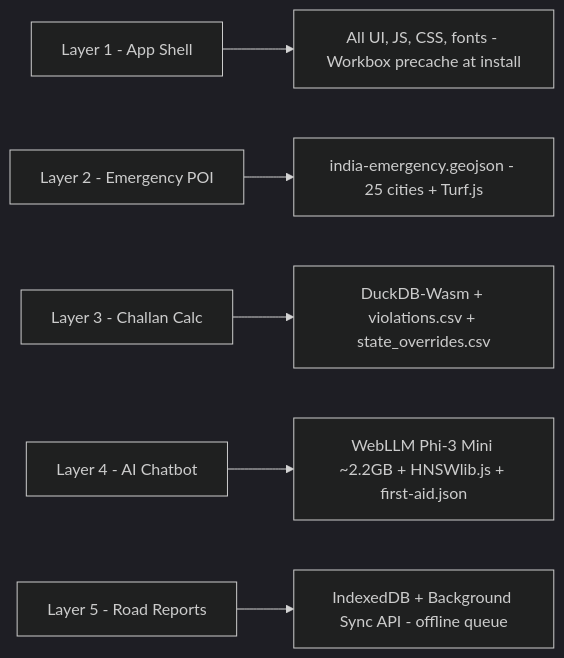
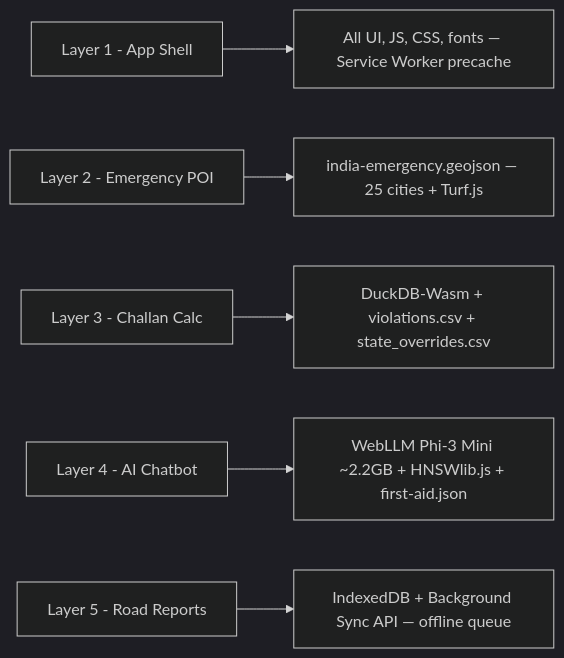
One commit to SafeVision-AI/SafeVision-AI changed the fourth of 6 diagrams in docs/Architecture.md. Above: the diagram before and after it, drawn with Mermaid (dark theme). The commit also changed other lines of this file and 27 other files, not shown here.

Commit message:
docs: Comprehensive audit and sync to latest architecture (Next.js 15, MapLibre GL, 11-provider AI, Sarvam)

````diff
--- a/docs/Architecture.md
+++ b/docs/Architecture.md
@@ -87,8 +130,8 @@
 ```mermaid
 graph LR
-    L1[Layer 1 - App Shell] --> L1D["All UI, JS, CSS, fonts - Workbox precache at install"]
-    L2[Layer 2 - Emergency POI] --> L2D["india-emergency.geojson - 25 cities + Turf.js"]
+    L1[Layer 1 - App Shell] --> L1D["All UI, JS, CSS, fonts — Service Worker precache"]
+    L2[Layer 2 - Emergency POI] --> L2D["india-emergency.geojson — 25 cities + Turf.js"]
     L3[Layer 3 - Challan Calc] --> L3D["DuckDB-Wasm + violations.csv + state_overrides.csv"]
     L4[Layer 4 - AI Chatbot] --> L4D["WebLLM Phi-3 Mini ~2.2GB + HNSWlib.js + first-aid.json"]
-    L5[Layer 5 - Road Reports] --> L5D["IndexedDB + Background Sync API - offline queue"]
+    L5[Layer 5 - Road Reports] --> L5D["IndexedDB + Background Sync API — offline queue"]
 ```
````
